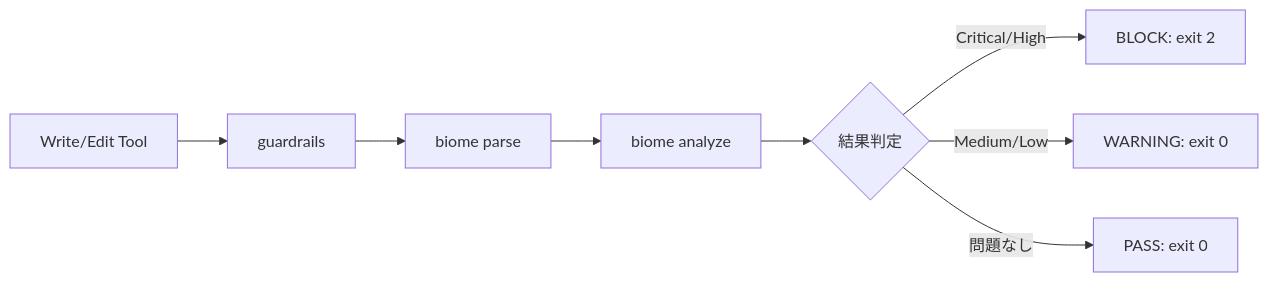
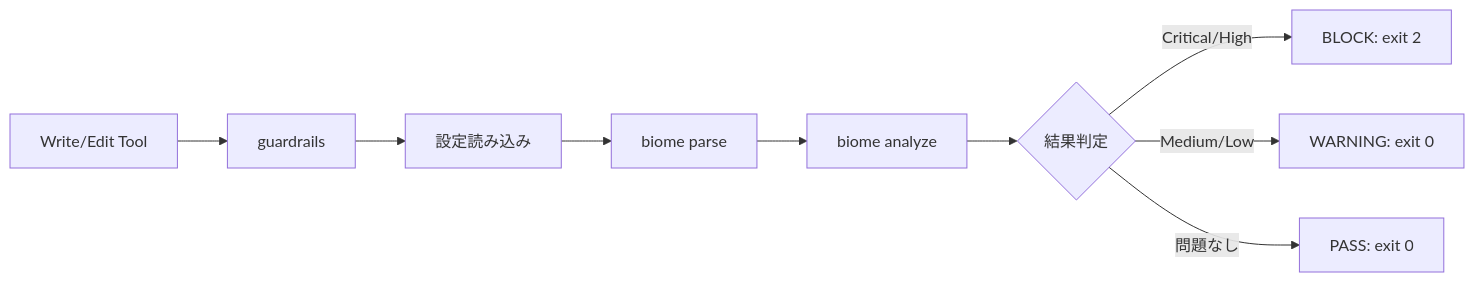
One commit to thkt/dotclaude changed the first of 2 diagrams in planning/claude-guardrails/sow.md. Above: the diagram before and after it, drawn with Mermaid. The commit also changed other lines of this file, not shown here.

First line of the commit message:
docs(sow): add biome.json config support

````diff
--- a/planning/claude-guardrails/sow.md
+++ b/planning/claude-guardrails/sow.md
@@ -76,10 +79,11 @@
 ```mermaid
 flowchart LR
     T[Write/Edit Tool] --> G[guardrails]
-    G --> P[biome parse]
+    G --> C[設定読み込み]
+    C --> P[biome parse]
     P --> A[biome analyze]
     A --> R{結果判定}
     R -->|Critical/High| B[BLOCK: exit 2]
     R -->|Medium/Low| W[WARNING: exit 0]
     R -->|問題なし| OK[PASS: exit 0]
 ```
````
